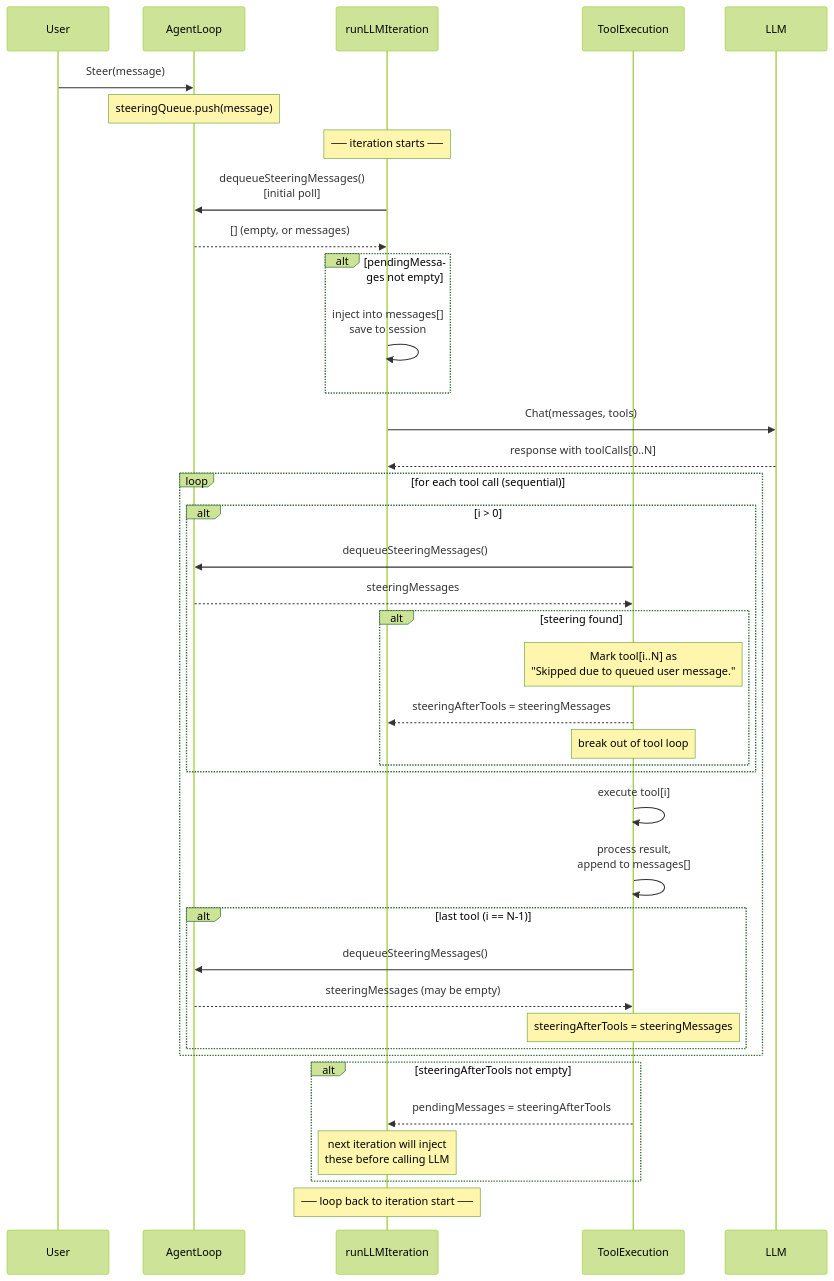
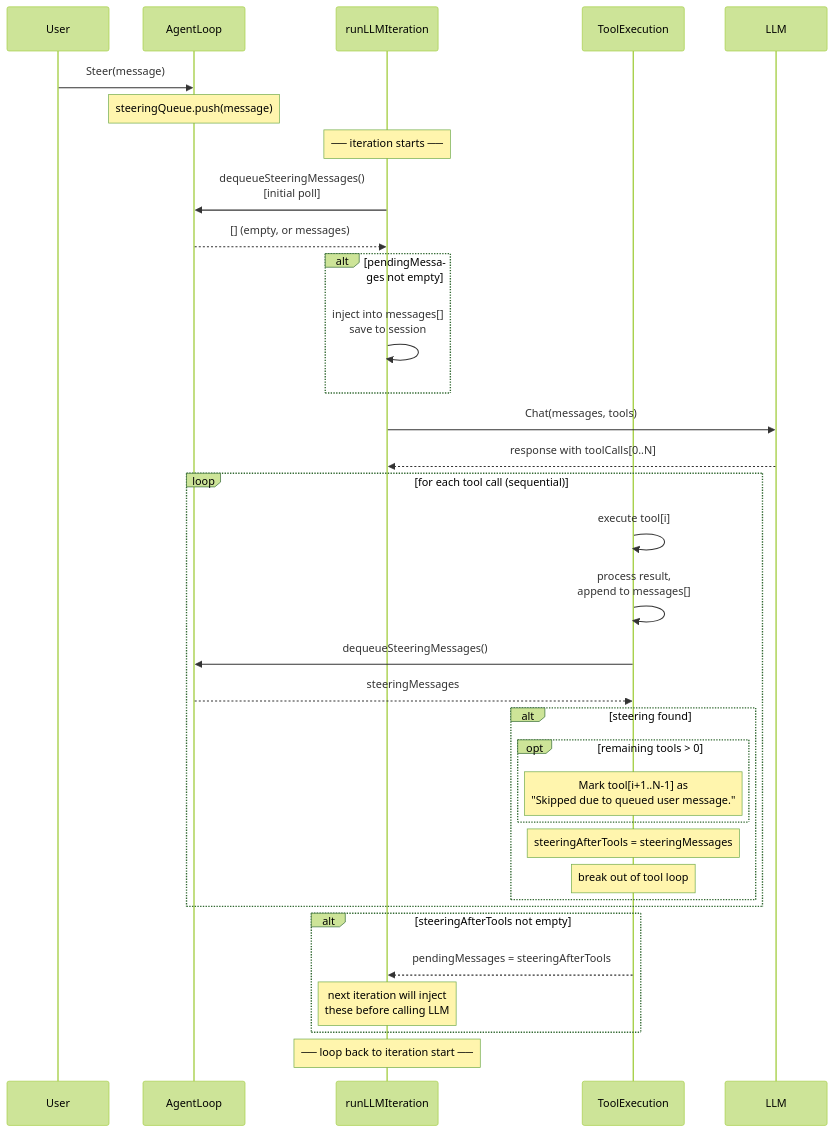
Before and after one commit to afjcjsbx/picoclaw: the third of 4 diagrams in docs/design/steering-spec.md, drawn with Mermaid (forest theme). The commit also changed other lines of this file and 2 other files, not shown here.

````diff
--- a/docs/design/steering-spec.md
+++ b/docs/design/steering-spec.md
@@ -113,52 +145,46 @@
 ```mermaid
 sequenceDiagram
     participant User
     participant AgentLoop
     participant runLLMIteration
     participant ToolExecution
     participant LLM
 
     User->>AgentLoop: Steer(message)
     Note over AgentLoop: steeringQueue.push(message)
 
     Note over runLLMIteration: ── iteration starts ──
 
     runLLMIteration->>AgentLoop: dequeueSteeringMessages()<br/>[initial poll]
     AgentLoop-->>runLLMIteration: [] (empty, or messages)
 
     alt pendingMessages not empty
         runLLMIteration->>runLLMIteration: inject into messages[]<br/>save to session
     end
 
     runLLMIteration->>LLM: Chat(messages, tools)
     LLM-->>runLLMIteration: response with toolCalls[0..N]
 
     loop for each tool call (sequential)
-        alt i > 0
-            ToolExecution->>AgentLoop: dequeueSteeringMessages()
-            AgentLoop-->>ToolExecution: steeringMessages
-
-            alt steering found
-                Note over ToolExecution: Mark tool[i..N] as<br/>"Skipped due to queued user message."
-                ToolExecution-->>runLLMIteration: steeringAfterTools = steeringMessages
-                Note over ToolExecution: break out of tool loop
-            end
-        end
-
         ToolExecution->>ToolExecution: execute tool[i]
         ToolExecution->>ToolExecution: process result,<br/>append to messages[]
 
-        alt last tool (i == N-1)
-            ToolExecution->>AgentLoop: dequeueSteeringMessages()
-            AgentLoop-->>ToolExecution: steeringMessages (may be empty)
+        ToolExecution->>AgentLoop: dequeueSteeringMessages()
+        AgentLoop-->>ToolExecution: steeringMessages
+
+        alt steering found
+            opt remaining tools > 0
+                Note over ToolExecution: Mark tool[i+1..N-1] as<br/>"Skipped due to queued user message."
+            end
             Note over ToolExecution: steeringAfterTools = steeringMessages
+            Note over ToolExecution: break out of tool loop
         end
     end
 
     alt steeringAfterTools not empty
         ToolExecution-->>runLLMIteration: pendingMessages = steeringAfterTools
         Note over runLLMIteration: next iteration will inject<br/>these before calling LLM
     end
 
     Note over runLLMIteration: ── loop back to iteration start ──
 ```
````
